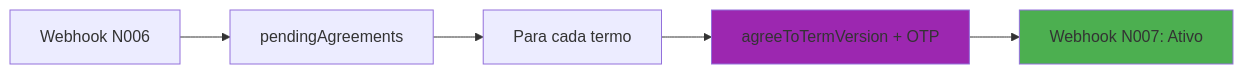
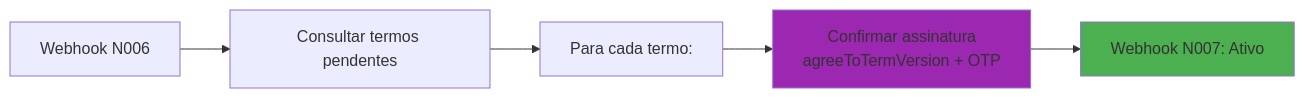
One commit to LucasEsteves2/Doc_Integra-o_IDeal changed the fifth of 5 diagrams in README.md. Above: the diagram before and after it, drawn with Mermaid. The commit also changed other lines of this file, not shown here.

Commit message:
ajusta desenho

````diff
--- a/README.md
+++ b/README.md
@@ -407,10 +407,10 @@
 ```mermaid
 flowchart LR
-    A[Webhook N006] --> B[pendingAgreements]
-    B --> C[Para cada termo]
-    C --> D[agreeToTermVersion + OTP]
+    A[Webhook N006] --> B[Consultar termos pendentes]
+    B --> C[Para cada termo:]
+    C --> D[Confirmar assinatura<br/>agreeToTermVersion + OTP]
     D --> E[Webhook N007: Ativo]
     
     style D fill:#9C27B0
     style E fill:#4CAF50
 ```
````
